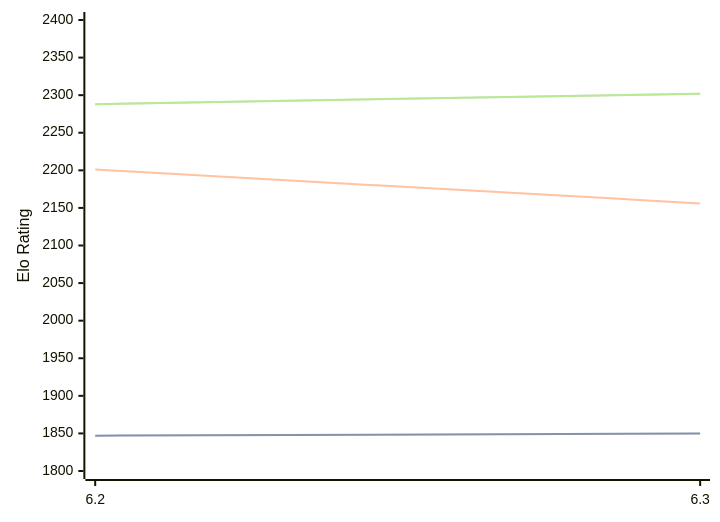
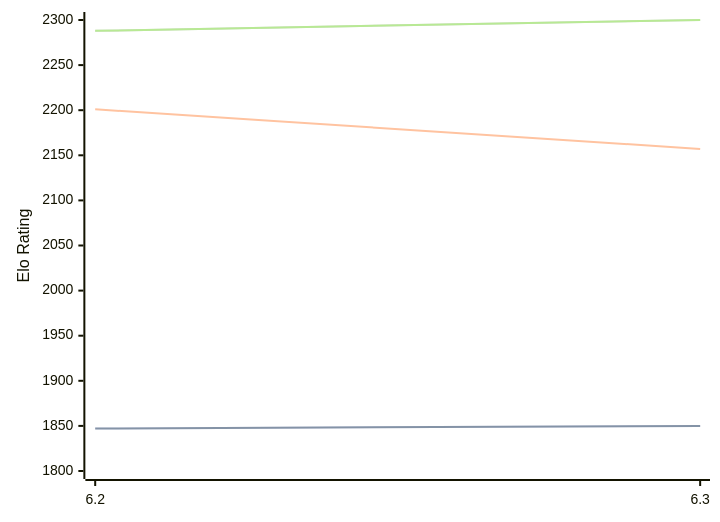
Before and after one commit to computer-chess-index/cci: the first of 3 diagrams in engines/chess4j.md, drawn with Mermaid. The commit also changed other lines of this file, not shown here.

Commit message:
Update CCI Ratings (ELO VLTC) - 2026-07-15

````diff
--- a/engines/chess4j.md
+++ b/engines/chess4j.md
@@ -38,11 +38,11 @@
 ```mermaid
 %%{init: {"theme":"base","themeVariables":{"seriesColors:['#a3a3a3','#222221','#faa371']}}}%%
 xychart-beta
   x-axis ["6.2", "6.3"]
-  y-axis "Elo Rating" 1800 --> 2400
+  y-axis "Elo Rating" 1800 --> 2300
   line "STC (8.0+0.08s)" [1847, 1850]
   line "STC (8.0+0.08s)" [1847, 1850]
-  line "LTC (60.0+0.60s)" [2201, 2156]
-  line "VLTC (2m24s+1.12s)" [2288, 2302]
-  line "VLTC (2m24s+1.12s)" [2288, 2302]
+  line "LTC (60.0+0.60s)" [2201, 2157]
+  line "VLTC (2m24s+1.12s)" [2288, 2300]
+  line "VLTC (2m24s+1.12s)" [2288, 2300]
 ```
````
